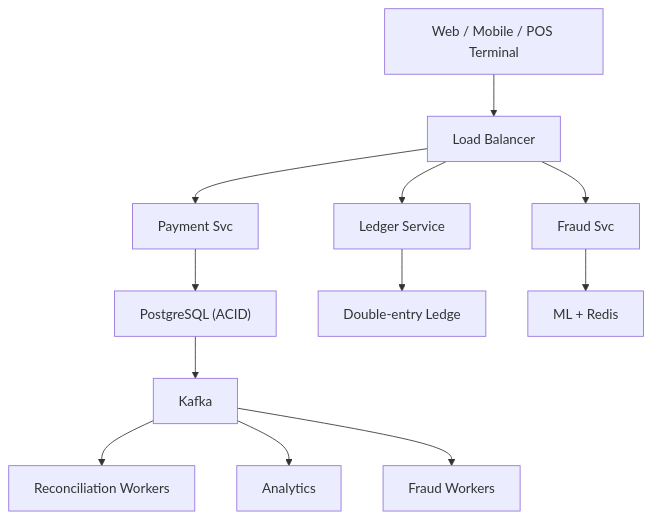
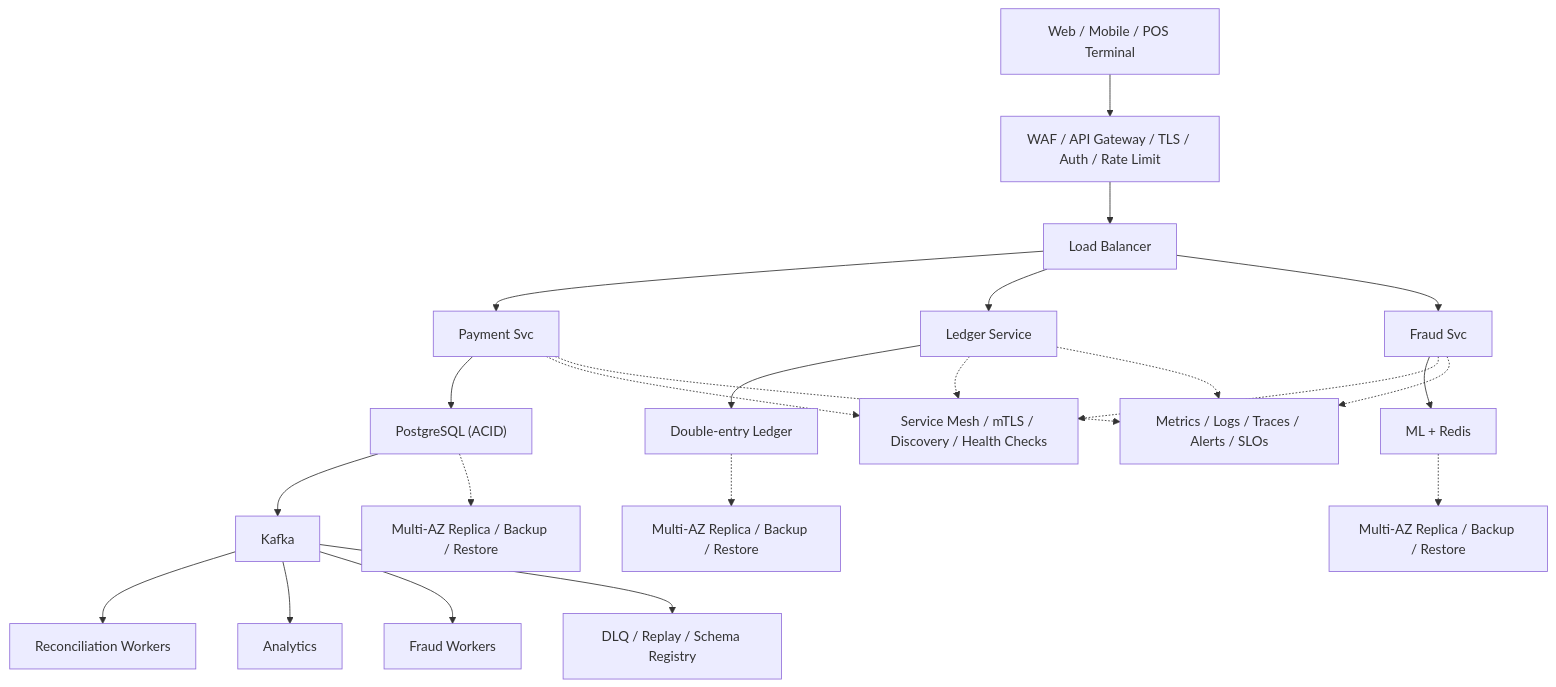
One commit to aishwary11/system-design changed the diagram in system-design-payment-system.md. Above: the diagram before and after it, drawn with Mermaid. The commit also changed 31 other files, not shown here.

Commit message:
Add production-grade architecture details

````diff
--- a/system-design-payment-system.md
+++ b/system-design-payment-system.md
@@ -44,14 +44,25 @@
 ```mermaid
 flowchart TB
-    clients["Web / Mobile / POS Terminal"] --> lb["Load Balancer"]
+    clients["Web / Mobile / POS Terminal"] --> edge["WAF / API Gateway / TLS / Auth / Rate Limit"]
+    edge --> lb["Load Balancer"]
     lb --> svc0["Payment Svc"]
     lb --> svc1["Ledger Service"]
     lb --> svc2["Fraud Svc"]
     svc0 --> store0["PostgreSQL (ACID)"]
-    svc1 --> store1["Double-entry Ledge"]
+    svc1 --> store1["Double-entry Ledger"]
     svc2 --> store2["ML + Redis"]
     store0 --> stream["Kafka"]
     stream --> worker0["Reconciliation Workers"]
     stream --> worker1["Analytics"]
     stream --> worker2["Fraud Workers"]
+    svc0 -.-> platform["Service Mesh / mTLS / Discovery / Health Checks"]
+    svc1 -.-> platform
+    svc2 -.-> platform
+    store0 -.-> backup0["Multi-AZ Replica / Backup / Restore"]
+    store1 -.-> backup1["Multi-AZ Replica / Backup / Restore"]
+    store2 -.-> backup2["Multi-AZ Replica / Backup / Restore"]
+    stream --> dlq["DLQ / Replay / Schema Registry"]
+    svc0 -.-> ops["Metrics / Logs / Traces / Alerts / SLOs"]
+    svc1 -.-> ops
+    svc2 -.-> ops
 ```
````
